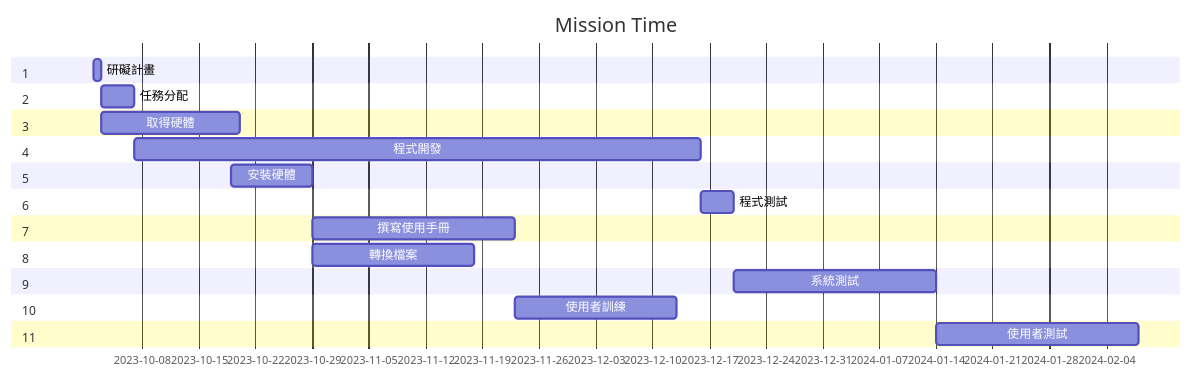
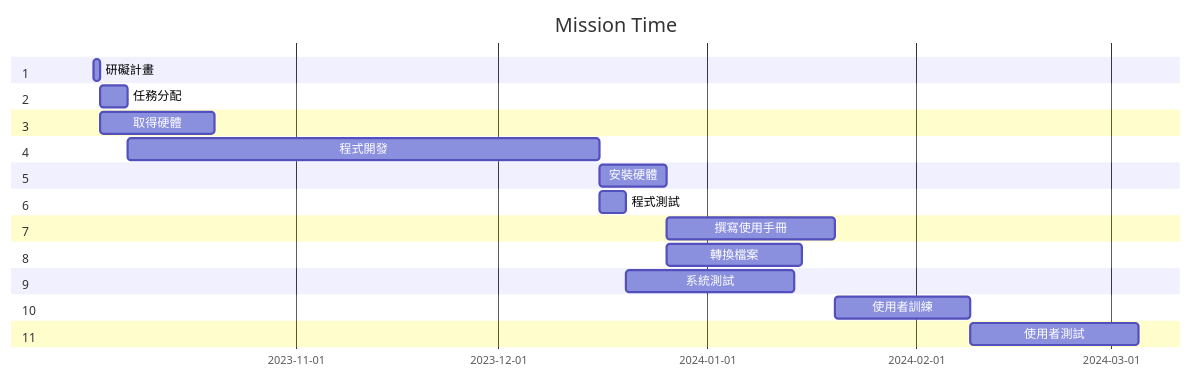
The diagram in hw2.md (Landingran/23a), drawn with Mermaid before and after one commit.

````diff
--- a/hw2.md
+++ b/hw2.md
@@ -3,31 +3,31 @@
 ```mermaid
 gantt
     title Mission Time
 
     section 1
     研礙計畫           :a1, 2023-10-02, 1d
     section 2
     任務分配     :after a1  , 4d
     section 3
     取得硬體     :after a1  , 17d
     section 4
     程式開發      :a4, 2023-10-7  , 70d
     section 5
-    安裝硬體     :a5, 2023-10-19   ,10d
+    安裝硬體     :a5, after a4   ,10d
     section 6
     程式測試    :a6, after a4   ,4d
     section 7
     撰寫使用手冊    :a7, after a5 ,25d
     section 8
     轉換檔案     :after a5  , 20d
     section 9
     系統測試     :a9,after a6 , 25d
     section 10
-    使用者訓練     :a10, after a7 , 20d
+    使用者訓練     :a10, after a7 and a8 , 20d
     section 11
-    使用者測試     :after a9 , 25d
+    使用者測試     :after a9 and a10 , 25d
  
 
 
 
 ```
````
